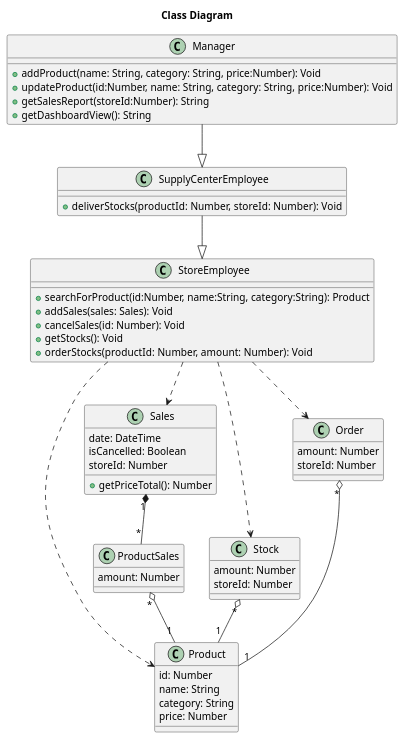
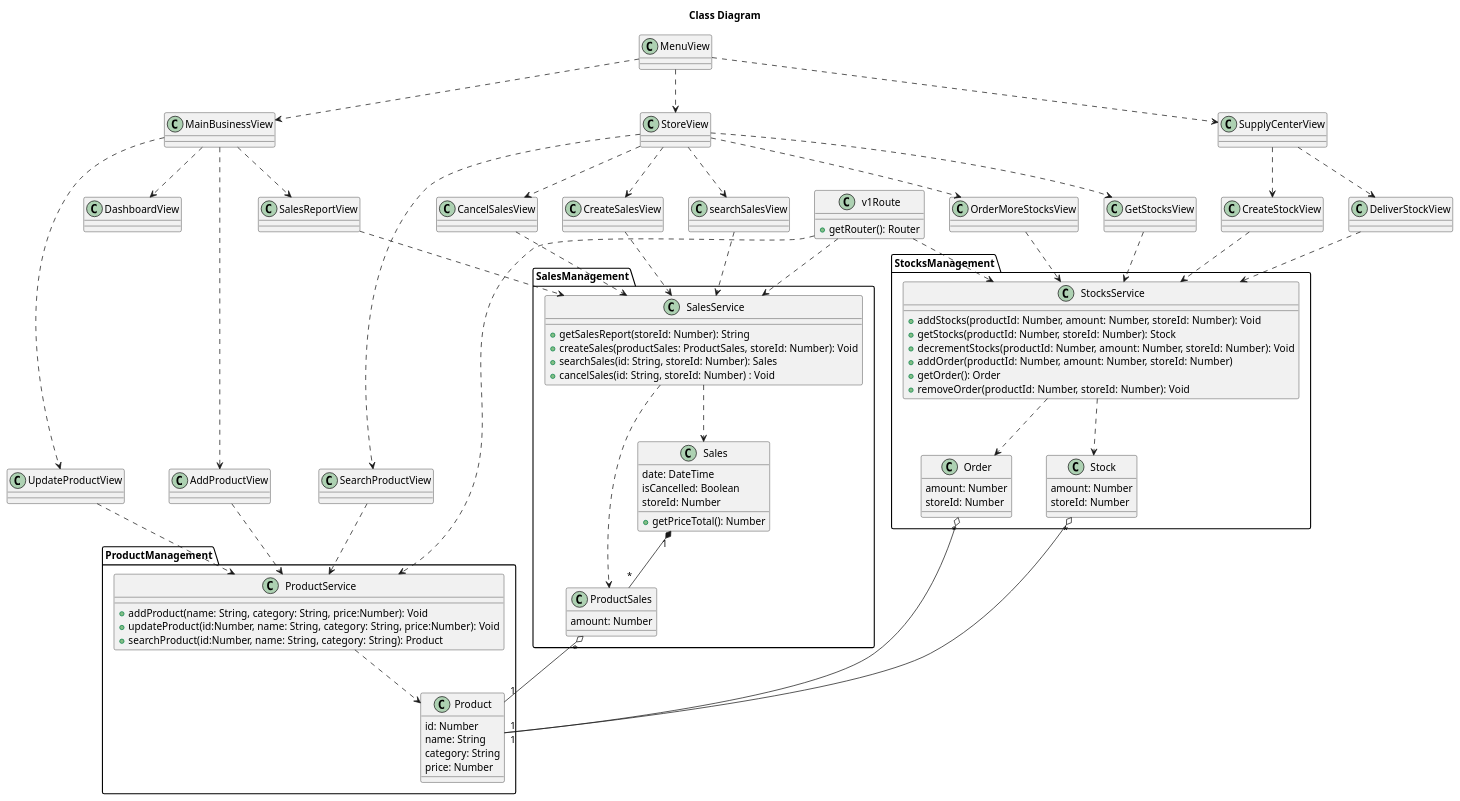
One commit to ThePhobosDeimosSuite/laboratoire-0_log430 changed the diagram in docs/UML/class.puml. Above: the diagram before and after it, drawn with PlantUML. The commit also changed 19 other files, not shown here.

Commit message:
add more DDD to architecture

```diff
--- a/docs/UML/class.puml
+++ b/docs/UML/class.puml
@@ -1,69 +1,172 @@
 @startuml class
 title Class Diagram
-class StoreEmployee {
-    + searchForProduct(id:Number, name:String, category:String): Product
-    + addSales(sales: Sales): Void
-    + cancelSales(id: Number): Void    
-    + getStocks(): Void
-    + orderStocks(productId: Number, amount: Number): Void
+
+
+' class StoreEmployee {
+'     + searchForProduct(id:Number, name:String, category:String): Product
+'     + addSales(sales: Sales): Void
+'     + cancelSales(id: Number): Void    
+'     + getStocks(): Void
+'     + orderStocks(productId: Number, amount: Number): Void
+' }
+
+' class SupplyCenterEmployee {
+'     + deliverStocks(productId: Number, storeId: Number): Void
+' }
+
+' class Manager {
+'     + addProduct(name: String, category: String, price:Number): Void
+'     + updateProduct(id:Number, name: String, category: String, price:Number): Void
+'     + getSalesReport(storeId:Number): String
+'     + getDashboardView(): String
+' }
+
+
+
+package ProductManagement {
+    class ProductService {
+        + addProduct(name: String, category: String, price:Number): Void
+        + updateProduct(id:Number, name: String, category: String, price:Number): Void
+        + searchProduct(id:Number, name: String, category: String): Product
+    }
+
+    class Product {
+        id: Number
+        name: String
+        category: String
+        price: Number
+    }
 }
 
-class SupplyCenterEmployee {
-    + deliverStocks(productId: Number, storeId: Number): Void
+ProductService ..> Product
+
+package StocksManagement {
+    class StocksService {
+        + addStocks(productId: Number, amount: Number, storeId: Number): Void
+        + getStocks(productId: Number, storeId: Number): Stock
+        + decrementStocks(productId: Number, amount: Number, storeId: Number): Void
+        + addOrder(productId: Number, amount: Number, storeId: Number)
+        + getOrder(): Order
+        + removeOrder(productId: Number, storeId: Number): Void
+    }
+    class Order {
+        amount: Number
+        storeId: Number
+    }
+
+    class Stock {
+        amount: Number
+        storeId: Number
+    }
 }
 
-class Manager {
-    + addProduct(name: String, category: String, price:Number): Void
-    + updateProduct(id:Number, name: String, category: String, price:Number): Void
-    + getSalesReport(storeId:Number): String
-    + getDashboardView(): String
+StocksService ..> Stock
+StocksService ..> Order
+
+
+package SalesManagement {
+    class SalesService {
+        + getSalesReport(storeId: Number): String
+        + createSales(productSales: ProductSales, storeId: Number): Void
+        + searchSales(id: String, storeId: Number): Sales
+        + cancelSales(id: String, storeId: Number) : Void
+    }
+    class ProductSales {
+        amount: Number
+    }
+
+    class Sales {
+        date: DateTime
+        isCancelled: Boolean
+        storeId: Number
+        + getPriceTotal(): Number
+    }
 }
 
-class Product {
-    id: Number
-    name: String
-    category: String
-    price: Number
-}
+v1Route ..> ProductService
+v1Route ..> StocksService
+v1Route ..> SalesService
 
-class Sales {
-    date: DateTime
-    isCancelled: Boolean
-    storeId: Number
-    + getPriceTotal(): Number
-}
+SalesService ..> ProductSales
+SalesService ..> Sales
 
-class Stock {
-    amount: Number
-    storeId: Number
-}
+' StoreEmployee ..> Sales
 
-class Order {
-    amount: Number
-    storeId: Number
-}
+' StoreEmployee ..> Product
 
-class ProductSales {
-    amount: Number
-}
+' StoreEmployee ..> Stock
 
-StoreEmployee ..> Sales
+' StoreEmployee ..> Order
 
-StoreEmployee ..> Product
+' SupplyCenterEmployee --|> StoreEmployee
 
-StoreEmployee ..> Stock
-
-StoreEmployee ..> Order
-
-SupplyCenterEmployee --|> StoreEmployee
-
-Manager --|> SupplyCenterEmployee
+' Manager --|> SupplyCenterEmployee
 
 Sales "1" *-- "*" ProductSales
 
 ProductSales "*" o-- "1" Product
 
 Stock "*" o-- "1" Product
 
 Order "*" o-- "1" Product
+
+
+class MainBusinessView
+class AddProductView
+class DashboardView
+class SalesReportView
+class UpdateProductView
+
+MainBusinessView ..> AddProductView
+MainBusinessView ..> DashboardView
+MainBusinessView ..> SalesReportView
+MainBusinessView ..> UpdateProductView
+
+AddProductView ..> ProductService
+' DashboardView ..> Manager
+SalesReportView ..> SalesService
+UpdateProductView ..> ProductService
+
+class StoreView
+class CancelSalesView
+class CreateSalesView
+class GetStocksView
+class OrderMoreStocksView
+class SearchProductView
+class searchSalesView
+
+StoreView ..> CancelSalesView
+StoreView ..> CreateSalesView
+StoreView ..> GetStocksView
+StoreView ..> OrderMoreStocksView
+StoreView ..> SearchProductView
+StoreView ..> searchSalesView
+
+
+CancelSalesView ..> SalesService
+CreateSalesView ..> SalesService
+GetStocksView ..> StocksService
+OrderMoreStocksView ..> StocksService
+SearchProductView ..> ProductService
+searchSalesView ..> SalesService
+
+class SupplyCenterView
+class DeliverStockView
+class CreateStockView
+
+SupplyCenterView ..> DeliverStockView
+SupplyCenterView ..> CreateStockView
+
+DeliverStockView ..> StocksService
+CreateStockView ..> StocksService
+
+class MenuView
+
+MenuView ..> SupplyCenterView
+MenuView ..> StoreView
+MenuView ..> MainBusinessView
+
+class v1Route {
+    + getRouter(): Router
+}
 @enduml
```
